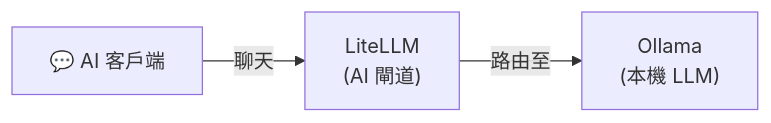
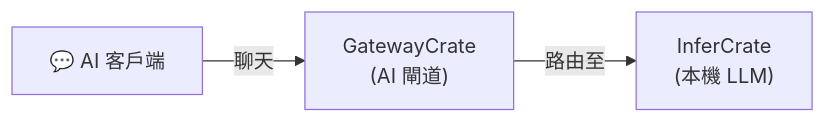
The diagram in stacks/chat-only/README-zh-Hant.md (hwdsl2/self-hosted-ai-stack), drawn with Mermaid before and after one commit. The commit also changed other lines of this file and 47 other files, not shown here.

````diff
--- a/stacks/chat-only/README-zh-Hant.md
+++ b/stacks/chat-only/README-zh-Hant.md
@@ -17,5 +17,5 @@
 ```mermaid
 graph LR
-    C["💬 AI 客戶端"] -->|聊天| L["LiteLLM<br/>(AI 閘道)"]
-    L -->|路由至| O["Ollama<br/>(本機 LLM)"]
+    C["💬 AI 客戶端"] -->|聊天| L["GatewayCrate<br/>(AI 閘道)"]
+    L -->|路由至| O["InferCrate<br/>(本機 LLM)"]
 ```
````
